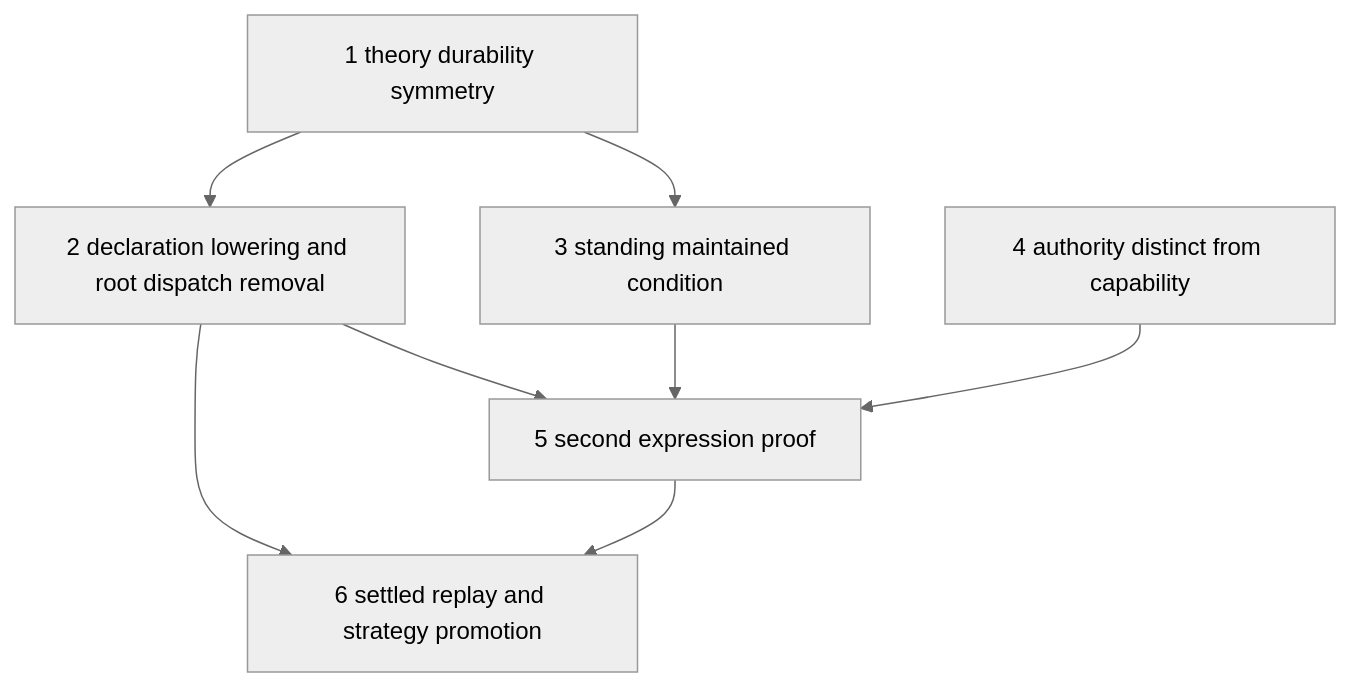
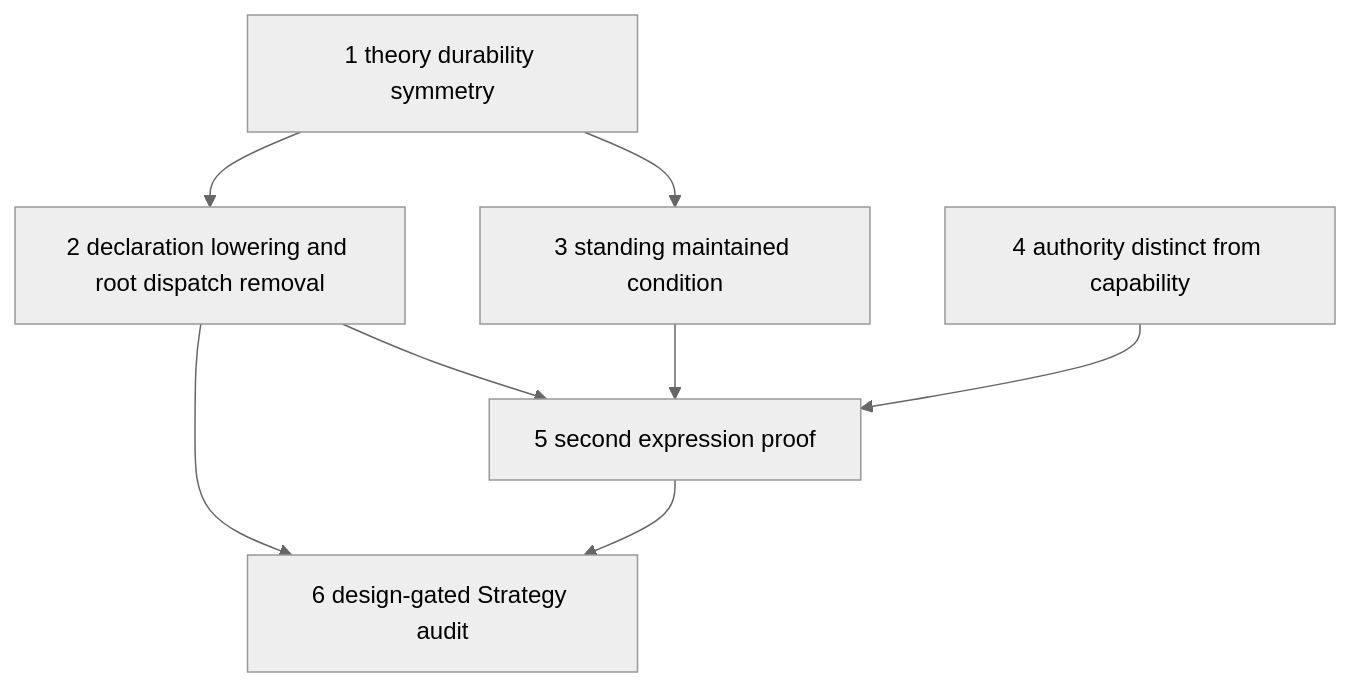
The diagram in design/plan/integration/theory_elevation_program.md (JerkyTreats/meld), drawn with Mermaid (neutral theme) before and after one commit. The commit also changed other lines of this file and 174 other files, not shown here.

````diff
--- a/design/plan/integration/theory_elevation_program.md
+++ b/design/plan/integration/theory_elevation_program.md
@@ -33,10 +35,10 @@
 ```mermaid
 flowchart TD
     S1[1 theory durability symmetry] --> S2[2 declaration lowering and root dispatch removal]
     S1 --> S3[3 standing maintained condition]
     S2 --> S5[5 second expression proof]
     S3 --> S5
     S4[4 authority distinct from capability] --> S5
-    S2 --> S6[6 settled replay and strategy promotion]
+    S2 --> S6[6 design-gated Strategy audit]
     S5 --> S6
 ```
````
